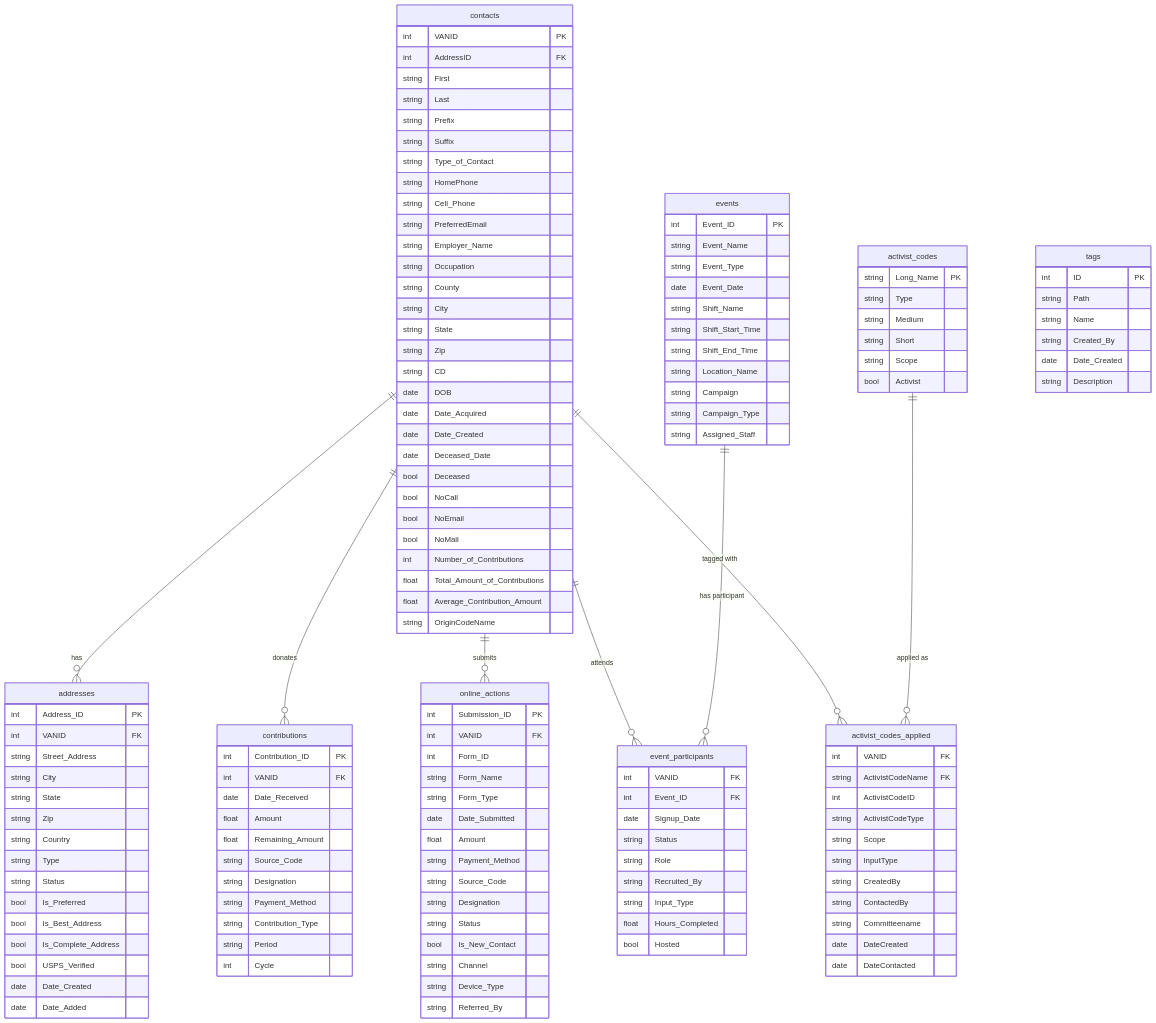
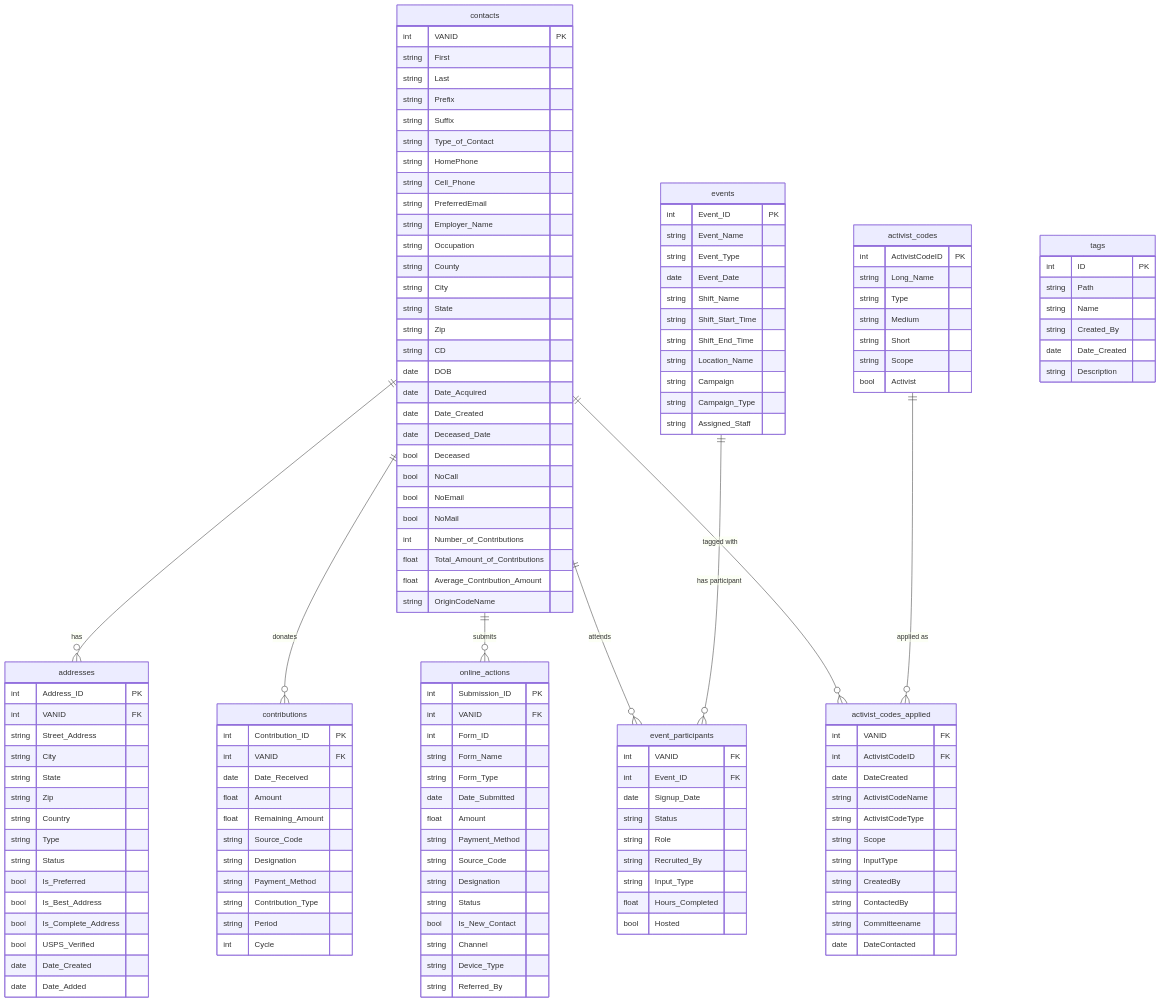
Before and after one commit to LiMi686/Works-in-Arizona-List-s-Intern: the diagram in analysis/er_diagram.md, drawn with Mermaid. The commit also changed other lines of this file and 1 other file, not shown here.

```diff
--- a/analysis/er_diagram.md
+++ b/analysis/er_diagram.md
@@ -7,7 +7,6 @@
 
     contacts {
         int     VANID                       PK
-        int     AddressID                   FK
         string  First
         string  Last
         string  Prefix
@@ -115,20 +114,21 @@
 
     activist_codes_applied {
         int     VANID                       FK
-        string  ActivistCodeName            FK
-        int     ActivistCodeID
+        int     ActivistCodeID              FK
+        date    DateCreated
+        string  ActivistCodeName
         string  ActivistCodeType
         string  Scope
         string  InputType
         string  CreatedBy
         string  ContactedBy
         string  Committeename
-        date    DateCreated
         date    DateContacted
     }
 
     activist_codes {
-        string  Long_Name                   PK
+        int     ActivistCodeID              PK
+        string  Long_Name
         string  Type
         string  Medium
         string  Short
```
